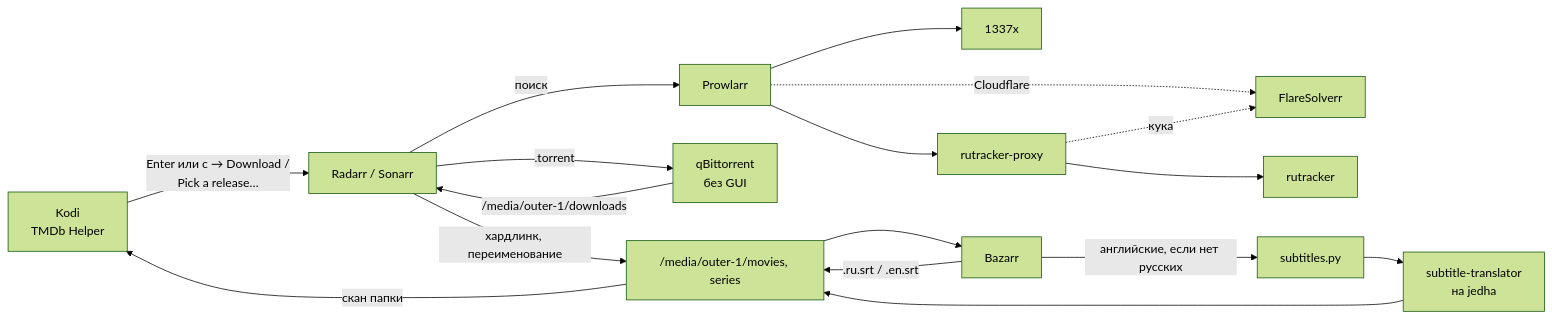
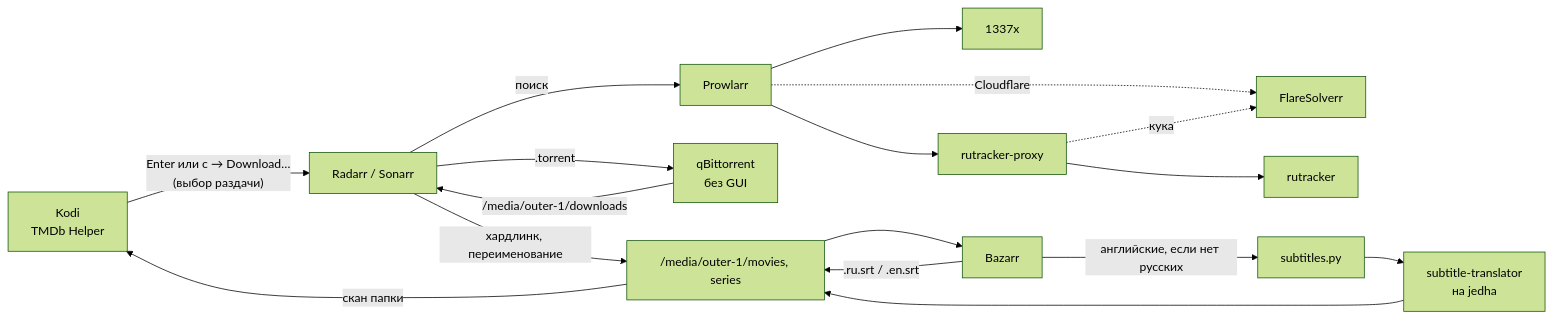
One commit to Luvrok/dotfiles changed the diagram in nixos/services/arr/movie pipe.md. Above: the diagram before and after it, drawn with Mermaid (forest theme). The commit also changed other lines of this file and 9 other files, not shown here.

````diff
--- a/nixos/services/arr/movie pipe.md
+++ b/nixos/services/arr/movie pipe.md
@@ -9,16 +9,16 @@
 ```mermaid
 flowchart LR
-  K[Kodi<br>TMDb Helper] -- "Enter или c → Download /<br>Pick a release…" --> R[Radarr / Sonarr]
+  K[Kodi<br>TMDb Helper] -- "Enter или c → Download…<br>(выбор раздачи)" --> R[Radarr / Sonarr]
   R -- поиск --> P[Prowlarr]
   P --> T4[1337x]
   P -. Cloudflare .-> F[FlareSolverr]
   P --> RP[rutracker-proxy] --> T1[rutracker]
   RP -. кука .-> F
   R -- ".torrent" --> Q[qBittorrent<br>без GUI]
   Q -- "/media/outer-1/downloads" --> R
   R -- "хардлинк, переименование" --> L["/media/outer-1/movies, series"]
   L --> B[Bazarr]
   B -- ".ru.srt / .en.srt" --> L
   B -- "английские, если нет русских" --> S[subtitles.py] --> J[subtitle-translator<br>на jedha] --> L
   L -- "скан папки" --> K
 ```
````
